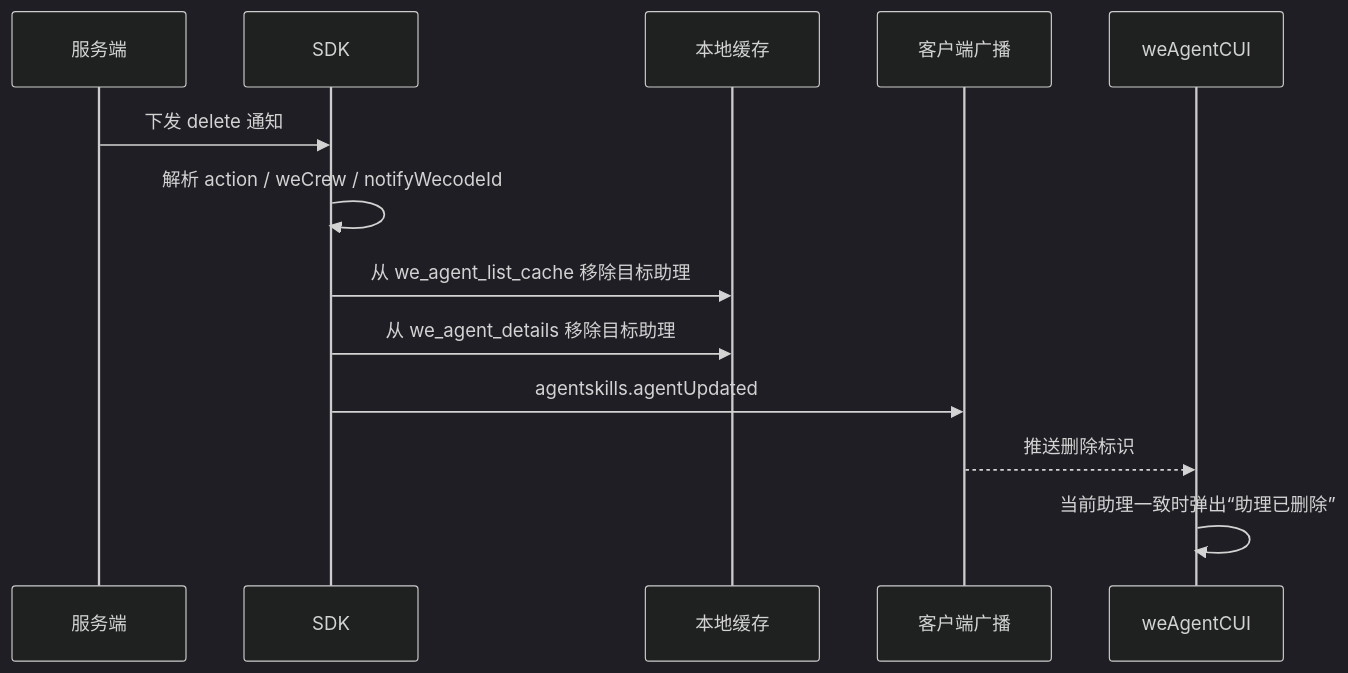
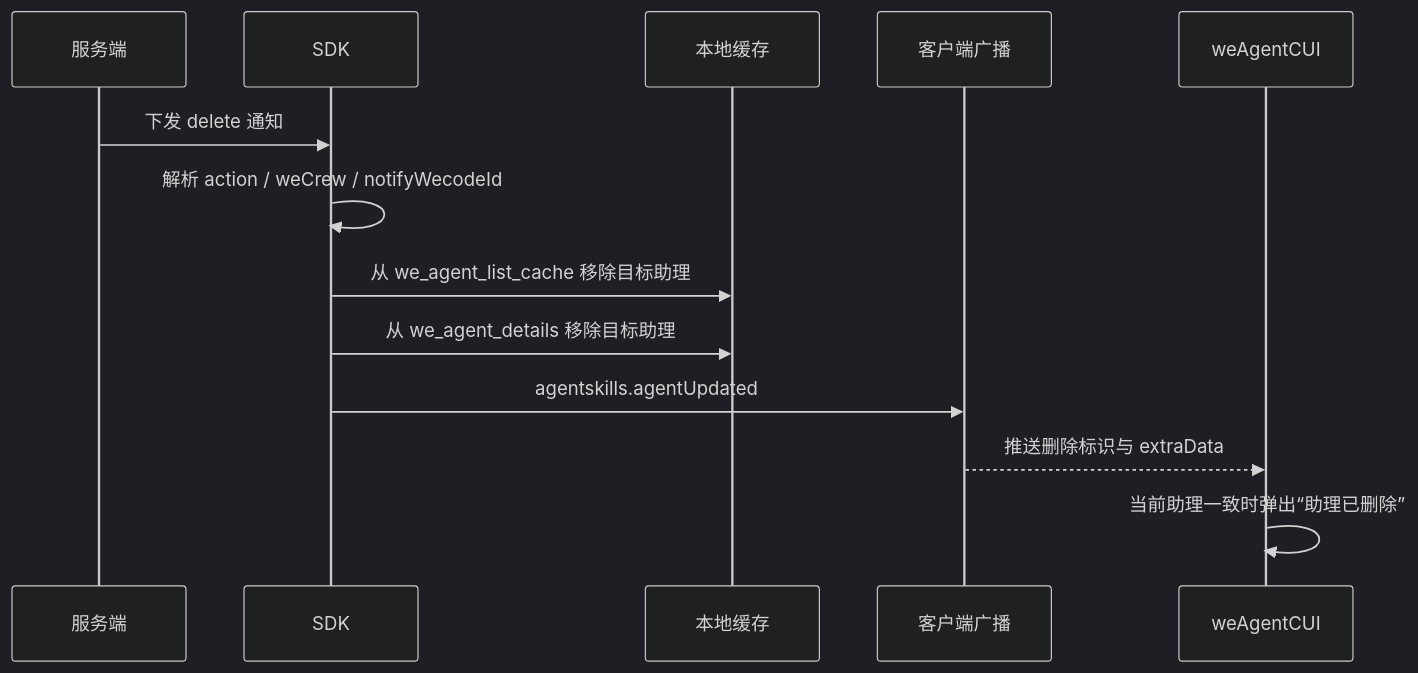
One commit to Abelsjcheng/skillSDK changed the fourth of 10 diagrams in 2026-05-08-we-agent-detail-sync-plan.md. Above: the diagram before and after it, drawn with Mermaid (dark theme). The commit also changed other lines of this file, not shown here.

````diff
--- a/2026-05-08-we-agent-detail-sync-plan.md
+++ b/2026-05-08-we-agent-detail-sync-plan.md
@@ -121,16 +122,16 @@
 ```mermaid
 sequenceDiagram
     participant Server as 服务端
     participant SDK as SDK
     participant Cache as 本地缓存
     participant Broadcast as 客户端广播
     participant Page as weAgentCUI
 
     Server->>SDK: 下发 delete 通知
     SDK->>SDK: 解析 action / weCrew / notifyWecodeId
     SDK->>Cache: 从 we_agent_list_cache 移除目标助理
     SDK->>Cache: 从 we_agent_details 移除目标助理
     SDK->>Broadcast: agentskills.agentUpdated
-    Broadcast-->>Page: 推送删除标识
+    Broadcast-->>Page: 推送删除标识与 extraData
     Page->>Page: 当前助理一致时弹出“助理已删除”
 ```
````
